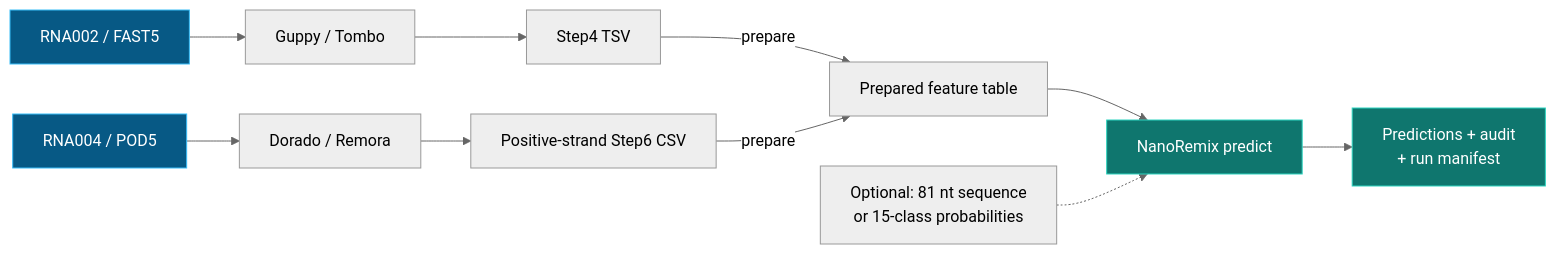
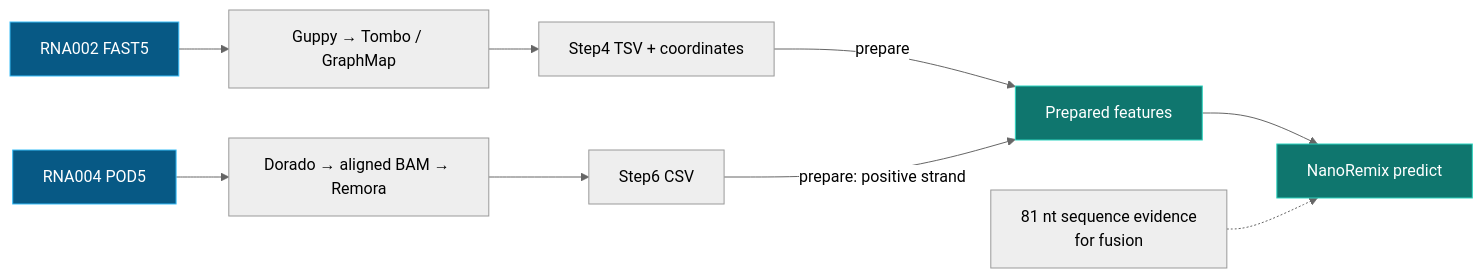
Before and after one commit to iris982022/nanoremix_tool_ENG: the diagram in README.md, drawn with Mermaid (neutral theme). The commit also changed other lines of this file and 2 other files, not shown here.

````diff
--- a/README.md
+++ b/README.md
@@ -39,14 +66,13 @@
 ```mermaid
 flowchart LR
-    r2["RNA002 / FAST5"] --> u2["Guppy / Tombo"] --> s2["Step4 TSV"]
-    r4["RNA004 / POD5"] --> u4["Dorado / Remora"] --> s4["Positive-strand Step6 CSV"]
-    s2 -->|prepare| prepared["Prepared feature table"]
-    s4 -->|prepare| prepared
-    prepared --> infer["NanoRemix predict"]
-    seq["Optional: 81 nt sequence<br/>or 15-class probabilities"] -.-> infer
-    infer --> out["Predictions + audit<br/>+ run manifest"]
-    classDef raw fill:#075985,stroke:#38bdf8,color:#fff
+    raw2["RNA002 FAST5"] --> signal2["Guppy → Tombo / GraphMap"] --> step4["Step4 TSV + coordinates"]
+    raw4["RNA004 POD5"] --> signal4["Dorado → aligned BAM → Remora"] --> step6["Step6 CSV"]
+    step4 -->|prepare| features["Prepared features"]
+    step6 -->|"prepare: positive strand"| features
+    features --> predict["NanoRemix predict"]
+    sequence["81 nt sequence evidence<br/>for fusion"] -.-> predict
+    classDef source fill:#075985,stroke:#38bdf8,color:#fff
     classDef result fill:#0f766e,stroke:#2dd4bf,color:#fff
-    class r2,r4 raw
-    class infer,out result
+    class raw2,raw4 source
+    class features,predict result
 ```
````
